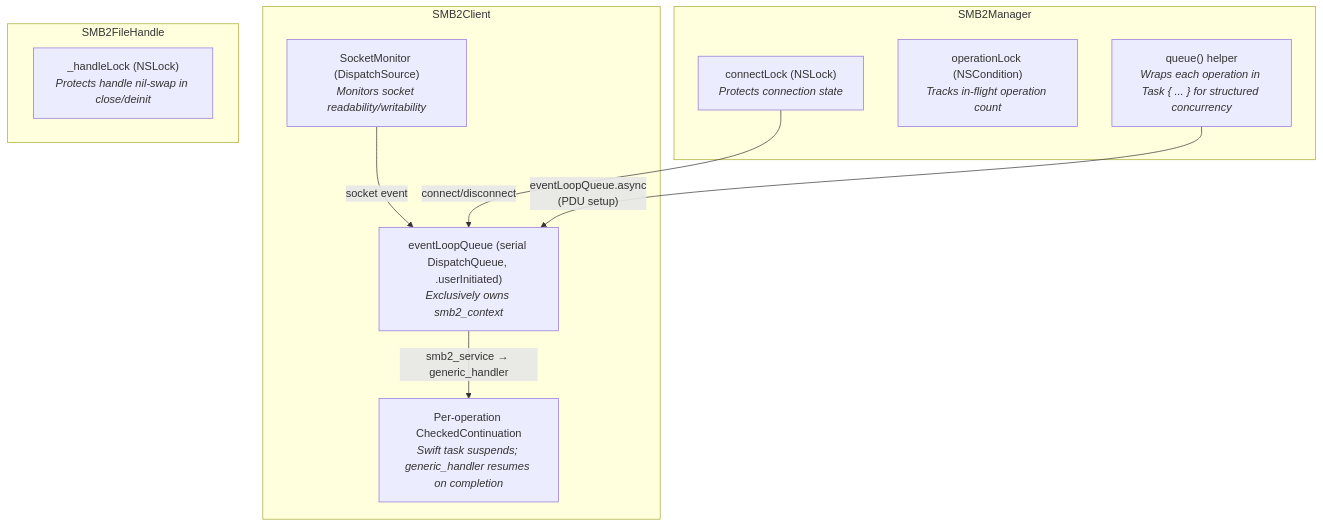
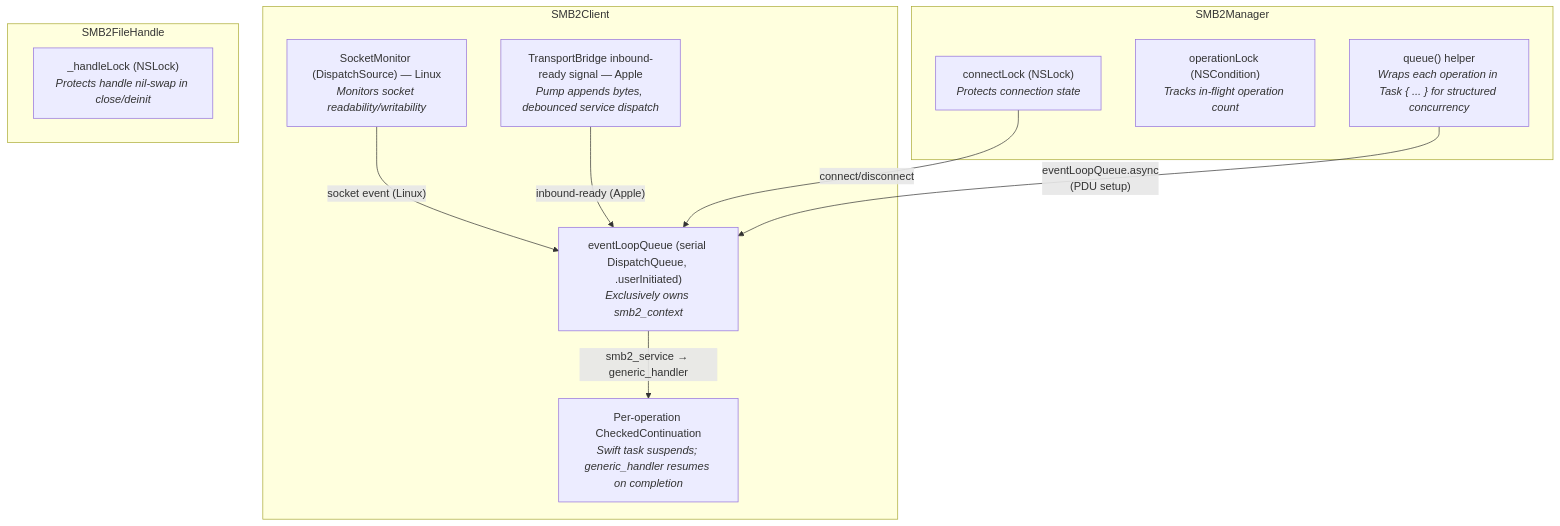
One commit to simplekube-ro/AMSMB2 changed the fourth of 7 diagrams in docs/ARCHITECTURE.md. Above: the diagram before and after it, drawn with Mermaid. The commit also changed other lines of this file and 6 other files, not shown here.

````diff
--- a/docs/ARCHITECTURE.md
+++ b/docs/ARCHITECTURE.md
@@ -132,23 +152,25 @@
 ```mermaid
 graph TB
     subgraph SMB2Manager
         CL["connectLock (NSLock)<br/><i>Protects connection state</i>"]
         OL["operationLock (NSCondition)<br/><i>Tracks in-flight operation count</i>"]
         DQ["queue() helper<br/><i>Wraps each operation in Task { ... } for structured concurrency</i>"]
     end
 
     subgraph SMB2Client
         ELQ["eventLoopQueue (serial DispatchQueue, .userInitiated)<br/><i>Exclusively owns smb2_context</i>"]
-        SM["SocketMonitor (DispatchSource)<br/><i>Monitors socket readability/writability</i>"]
+        SM["SocketMonitor (DispatchSource) — Linux<br/><i>Monitors socket readability/writability</i>"]
+        BR["TransportBridge inbound-ready signal — Apple<br/><i>Pump appends bytes, debounced service dispatch</i>"]
         CONT["Per-operation CheckedContinuation<br/><i>Swift task suspends; generic_handler resumes on completion</i>"]
     end
 
     subgraph SMB2FileHandle
         HL["_handleLock (NSLock)<br/><i>Protects handle nil-swap in close/deinit</i>"]
     end
 
     DQ -->|"eventLoopQueue.async<br/>(PDU setup)"| ELQ
-    SM -->|"socket event"| ELQ
+    SM -->|"socket event (Linux)"| ELQ
+    BR -->|"inbound-ready (Apple)"| ELQ
     ELQ -->|"smb2_service → generic_handler"| CONT
     CL -->|"connect/disconnect"| ELQ
 ```
````
